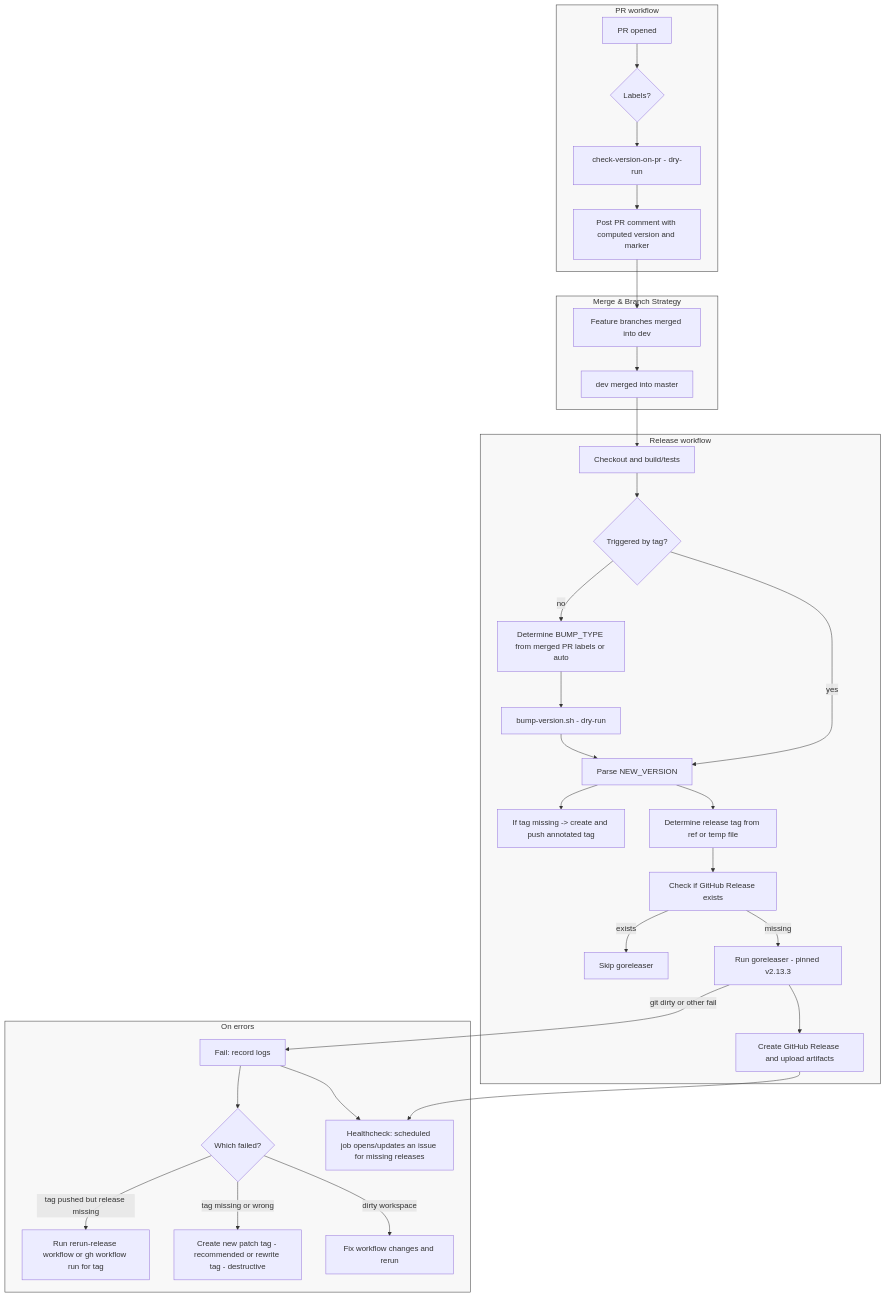
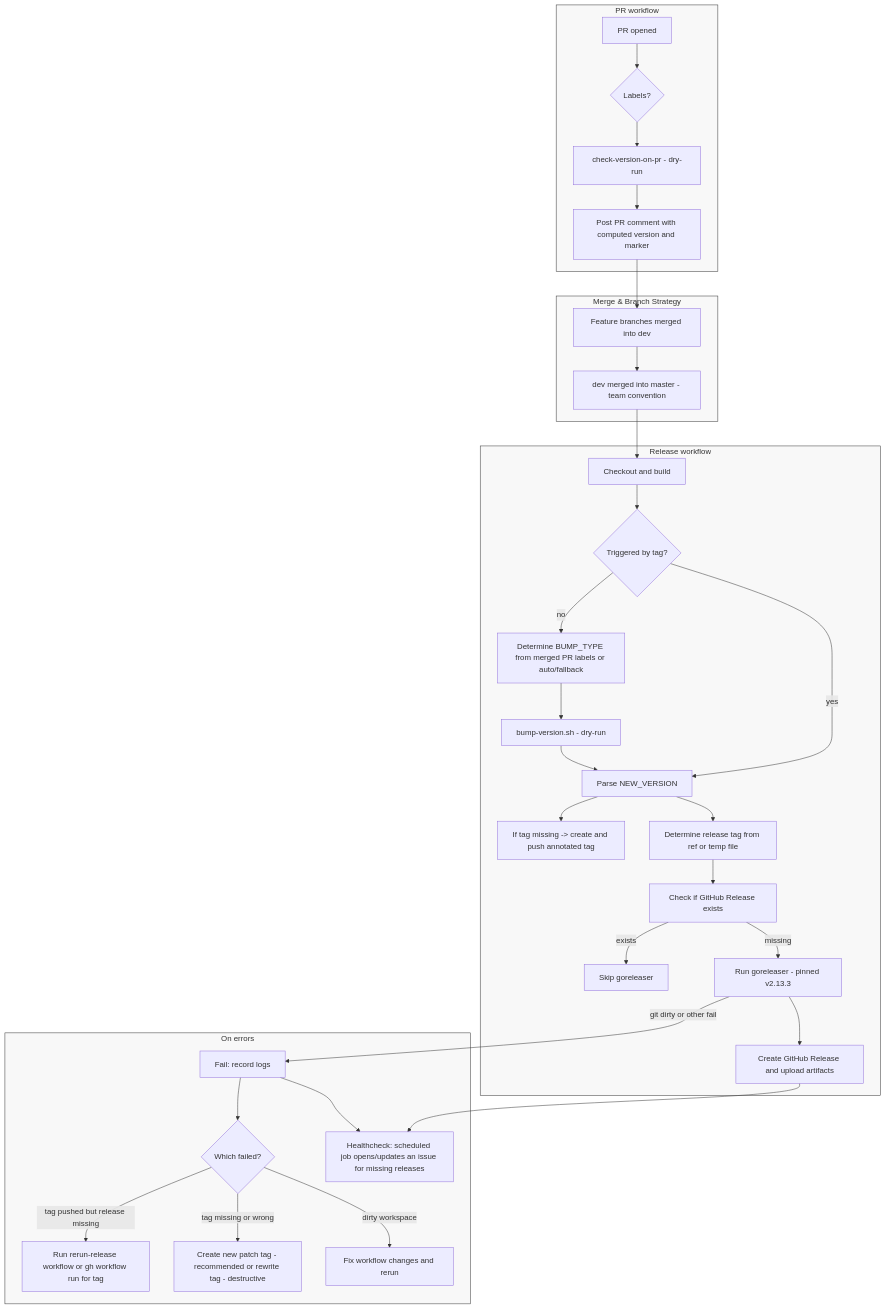
One commit to vr33ni-dev/annalanah-sales-assistant-go changed the diagram in docs/release-process.md. Above: the diagram before and after it, drawn with Mermaid. The commit also changed other lines of this file and 4 other files, not shown here.

````diff
--- a/docs/release-process.md
+++ b/docs/release-process.md
@@ -5,44 +5,44 @@
 ```mermaid
 flowchart TD
   subgraph PR_Flow[PR workflow]
     A[PR opened] --> B{Labels?}
     B --> C[check-version-on-pr - dry-run]
     C --> D[Post PR comment with computed version and marker]
     %% Labels: use 'major', 'minor', 'patch' to influence the computed bump
   end
 
   subgraph Merge_Process[Merge & Branch Strategy]
-    E[Feature branches merged into dev] --> F[dev merged into master]
+    E[Feature branches merged into dev] --> F[dev merged into master - team convention]
   end
 
   subgraph Release_Flow[Release workflow]
-    F --> G[Checkout and build/tests]
+    F --> G[Checkout and build]
     G --> H{Triggered by tag?}
-    H -- no --> I[Determine BUMP_TYPE from merged PR labels or auto]
+    H -- no --> I[Determine BUMP_TYPE from merged PR labels or auto/fallback]
     I --> J[bump-version.sh - dry-run]
     J --> K[Parse NEW_VERSION]
     K --> L[If tag missing -> create and push annotated tag]
     H -- yes --> K
     K --> M[Determine release tag from ref or temp file]
     M --> N[Check if GitHub Release exists]
     N -- exists --> O[Skip goreleaser]
     N -- missing --> P[Run goreleaser - pinned v2.13.3]
     P --> Q[Create GitHub Release and upload artifacts]
   end
 
   subgraph Error_Handling[On errors]
     P -- git dirty or other fail --> R[Fail: record logs]
     R --> S{Which failed?}
     S -- tag pushed but release missing --> T[Run rerun-release workflow or gh workflow run for tag]
     S -- tag missing or wrong --> U[Create new patch tag - recommended or rewrite tag - destructive]
     S -- dirty workspace --> V[Fix workflow changes and rerun]
     R --> W[Healthcheck: scheduled job opens/updates an issue for missing releases]
   end
 
   %% Connections between subgraphs
   D --> E
   Q --> W
 
   classDef section fill:#f8f8f8,stroke:#333,stroke-width:1px;
   class PR_Flow,Merge_Process,Release_Flow,Error_Handling section;
 ```
````
